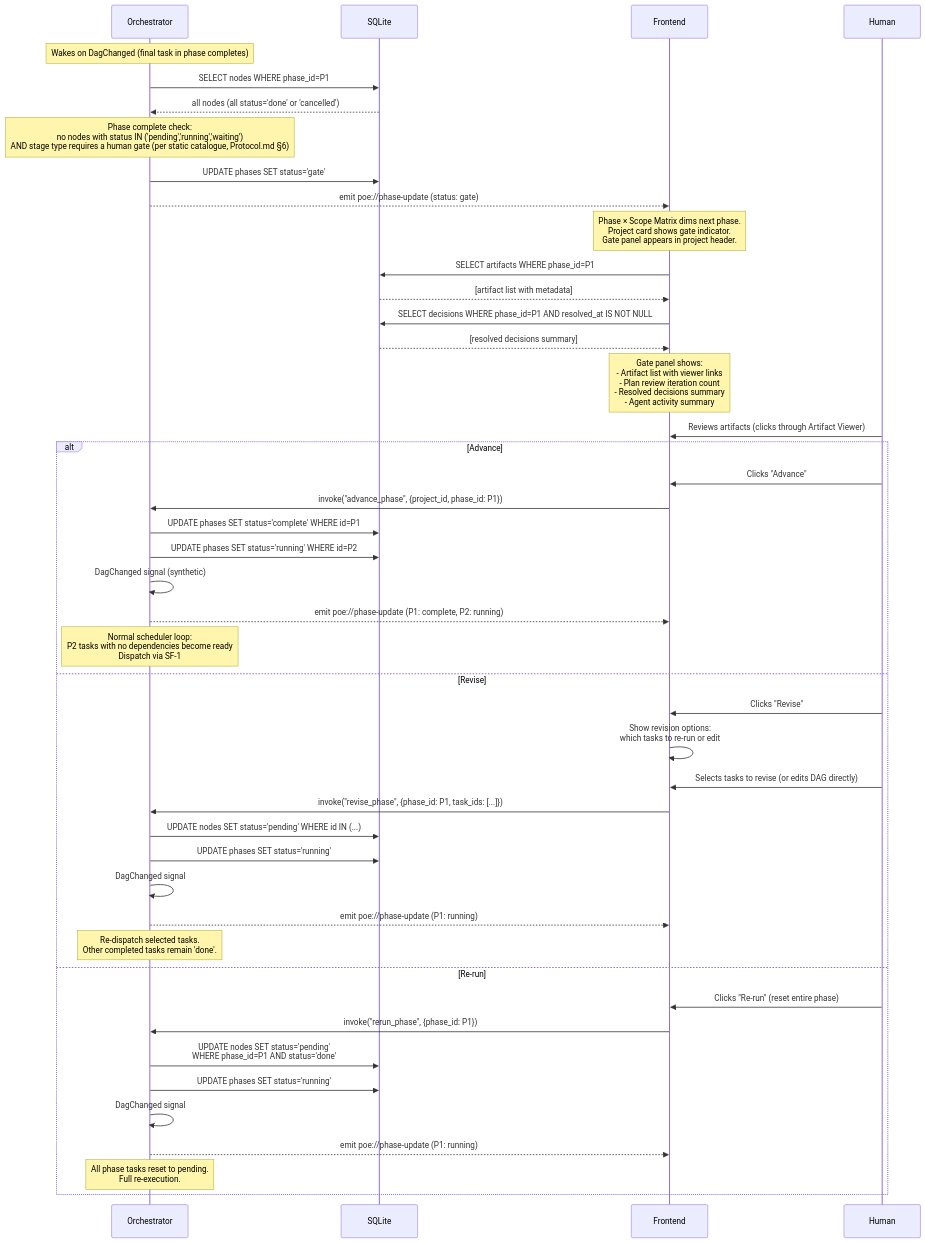
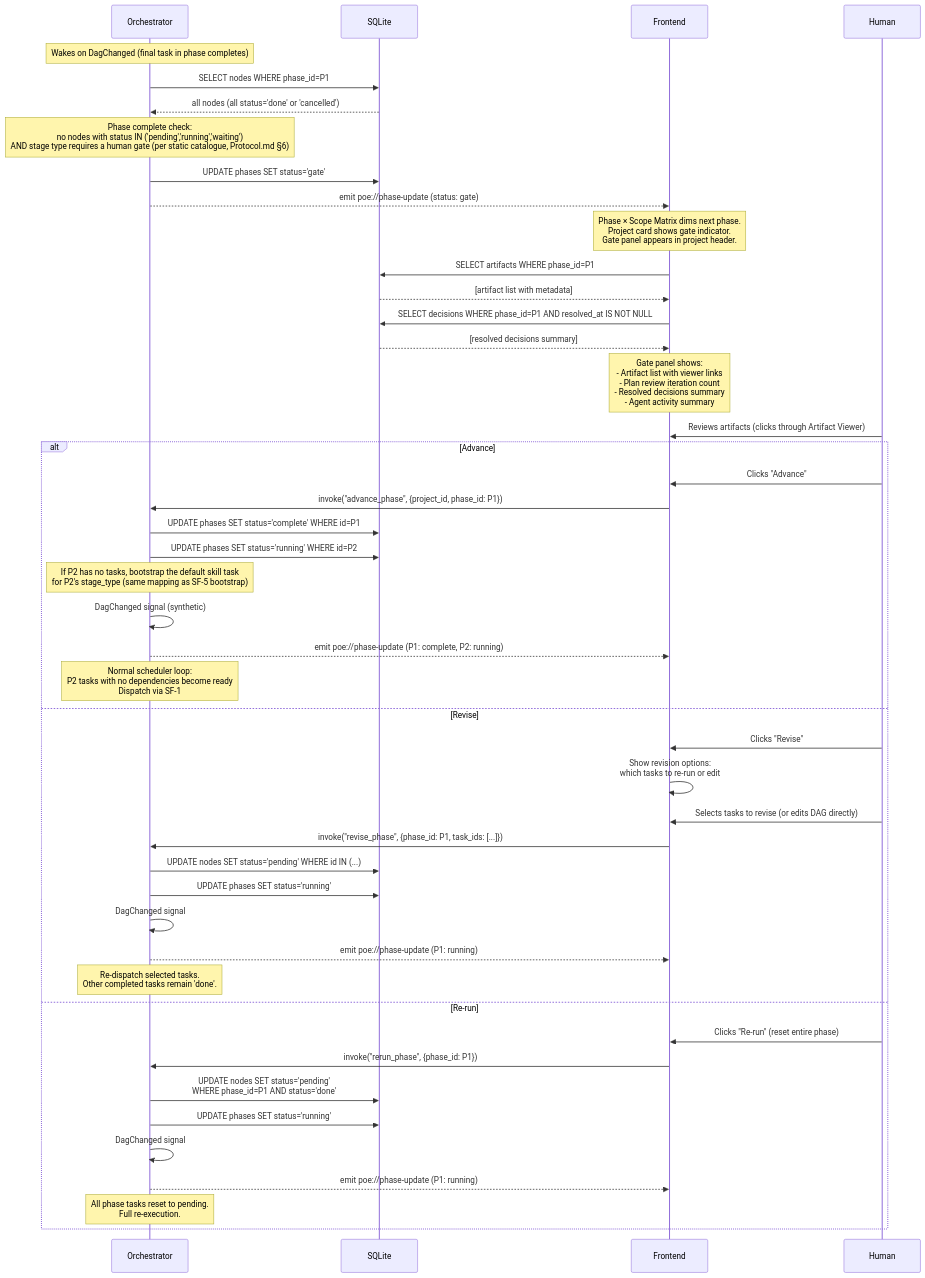
The eighth of 10 diagrams in doc-POE/Flows.md (grant-traynor/bp6), drawn with Mermaid before and after one commit. The commit also changed other lines of this file, not shown here.

First line of the commit message:
docs(flows): add bootstrap, gate check, yield_reason derivation, advance_phase bootstrap (bp6-qzc.1/.3/.4/.5)

````diff
--- a/doc-POE/Flows.md
+++ b/doc-POE/Flows.md
@@ -1010,66 +1031,67 @@
 ```mermaid
 sequenceDiagram
     participant Orch as Orchestrator
     participant DB as SQLite
     participant FE as Frontend
     participant Human as Human
 
     Note over Orch: Wakes on DagChanged (final task in phase completes)
 
     Orch->>DB: SELECT nodes WHERE phase_id=P1
     DB-->>Orch: all nodes (all status='done' or 'cancelled')
 
     Note over Orch: Phase complete check:<br/>no nodes with status IN ('pending','running','waiting')<br/>AND stage type requires a human gate (per static catalogue, Protocol.md §6)
 
     Orch->>DB: UPDATE phases SET status='gate'
     Orch-->>FE: emit poe://phase-update (status: gate)
 
     Note over FE: Phase × Scope Matrix dims next phase.<br/>Project card shows gate indicator.<br/>Gate panel appears in project header.
 
     FE->>DB: SELECT artifacts WHERE phase_id=P1
     DB-->>FE: [artifact list with metadata]
 
     FE->>DB: SELECT decisions WHERE phase_id=P1 AND resolved_at IS NOT NULL
     DB-->>FE: [resolved decisions summary]
 
     Note over FE: Gate panel shows:<br/>- Artifact list with viewer links<br/>- Plan review iteration count<br/>- Resolved decisions summary<br/>- Agent activity summary
 
     Human->>FE: Reviews artifacts (clicks through Artifact Viewer)
 
     alt Advance
         Human->>FE: Clicks "Advance"
         FE->>Orch: invoke("advance_phase", {project_id, phase_id: P1})
 
         Orch->>DB: UPDATE phases SET status='complete' WHERE id=P1
         Orch->>DB: UPDATE phases SET status='running' WHERE id=P2
+        Note over Orch: If P2 has no tasks, bootstrap the default skill task<br/>for P2's stage_type (same mapping as SF-5 bootstrap)
         Orch->>Orch: DagChanged signal (synthetic)
         Orch-->>FE: emit poe://phase-update (P1: complete, P2: running)
 
         Note over Orch: Normal scheduler loop:<br/>P2 tasks with no dependencies become ready<br/>Dispatch via SF-1
 
     else Revise
         Human->>FE: Clicks "Revise"
         FE->>FE: Show revision options:<br/>which tasks to re-run or edit
 
         Human->>FE: Selects tasks to revise (or edits DAG directly)
 
         FE->>Orch: invoke("revise_phase", {phase_id: P1, task_ids: [...]})
 
         Orch->>DB: UPDATE nodes SET status='pending' WHERE id IN (...)
         Orch->>DB: UPDATE phases SET status='running'
         Orch->>Orch: DagChanged signal
         Orch-->>FE: emit poe://phase-update (P1: running)
         Note over Orch: Re-dispatch selected tasks.<br/>Other completed tasks remain 'done'.
 
     else Re-run
         Human->>FE: Clicks "Re-run" (reset entire phase)
 
         FE->>Orch: invoke("rerun_phase", {phase_id: P1})
 
         Orch->>DB: UPDATE nodes SET status='pending'<br/>WHERE phase_id=P1 AND status='done'
         Orch->>DB: UPDATE phases SET status='running'
         Orch->>Orch: DagChanged signal
         Orch-->>FE: emit poe://phase-update (P1: running)
         Note over Orch: All phase tasks reset to pending.<br/>Full re-execution.
     end
 ```
````
